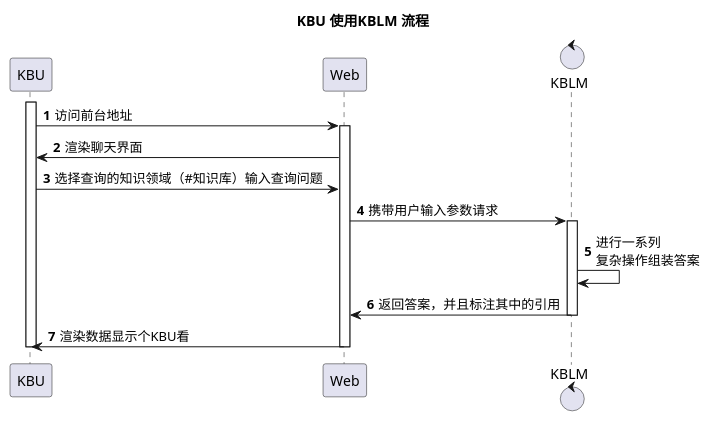
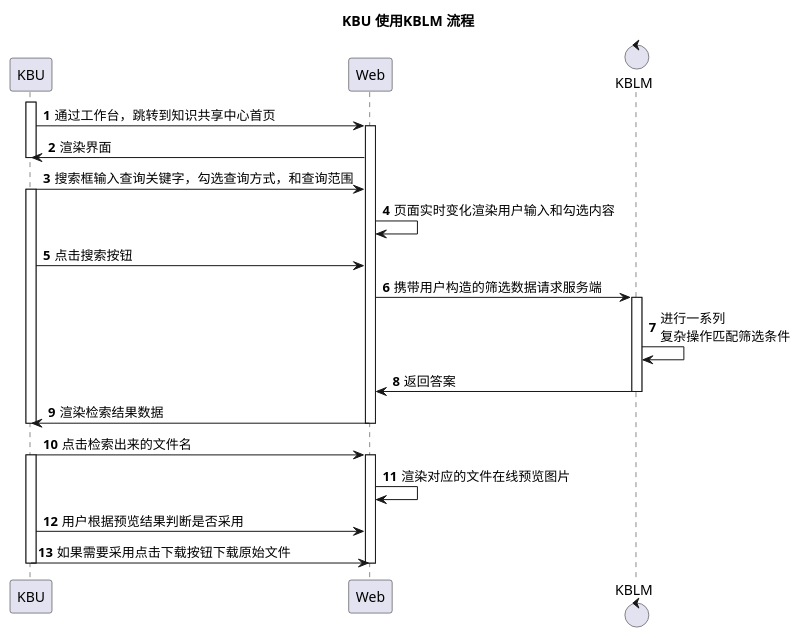
Before and after one commit to huanglian666/design-pattern: the diagram in src/main/resources/uml/KBU使用KBLM.puml, drawn with PlantUML.

Commit message:
kub管理kblm時序圖修改完成

```diff
--- a/src/main/resources/uml/KBU使用KBLM.puml
+++ b/src/main/resources/uml/KBU使用KBLM.puml
@@ -1,20 +1,33 @@
 @startuml
 'https://plantuml.com/sequence-diagram
 title KBU 使用KBLM 流程
 autonumber
 activate KBU
-KBU -> Web: 访问前台地址
+KBU -> Web: 通过工作台，跳转到知识共享中心首页
 activate Web
-Web -> KBU: 渲染聊天界面
+Web -> KBU: 渲染界面
+deactivate KBU
+KBU -> Web: 搜索框输入查询关键字，勾选查询方式，和查询范围
+activate KBU
+control KBLM
+Web -> Web: 页面实时变化渲染用户输入和勾选内容
+KBU -> Web: 点击搜索按钮
 
-KBU -> Web: 选择查询的知识领域（#知识库）输入查询问题
-control KBLM
-Web -> KBLM: 携带用户输入参数请求
+Web -> KBLM: 携带用户构造的筛选数据请求服务端
 activate KBLM
-KBLM -> KBLM: 进行一系列\n复杂操作组装答案
-KBLM -> Web: 返回答案，并且标注其中的引用
+KBLM -> KBLM: 进行一系列\n复杂操作匹配筛选条件
+KBLM -> Web: 返回答案
 deactivate KBLM
-Web -> KBU: 渲染数据显示个KBU看
+Web -> KBU: 渲染检索结果数据
+deactivate Web
+deactivate KBU
+
+KBU -> Web: 点击检索出来的文件名
+activate KBU
+activate Web
+Web -> Web: 渲染对应的文件在线预览图片
+KBU -> Web: 用户根据预览结果判断是否采用
+KBU -> Web: 如果需要采用点击下载按钮下载原始文件
 deactivate Web
 deactivate KBU
 @enduml
```
